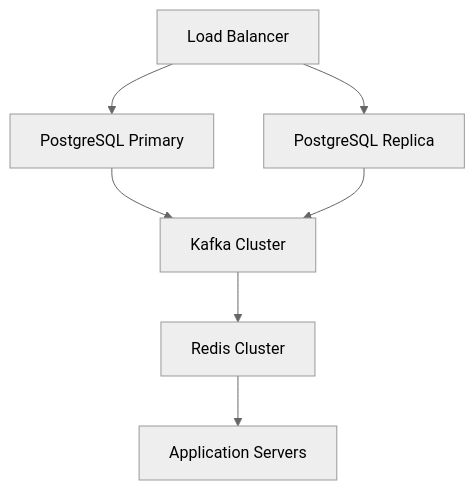
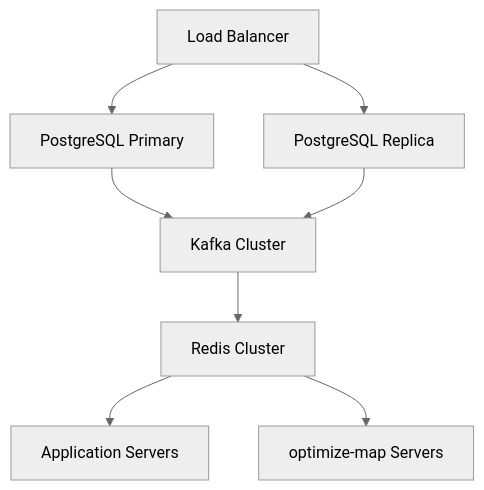
Before and after one commit to EgorZhidkov/navigator: the ninth of 11 diagrams in docs/ARCHITECTURE.md, drawn with Mermaid (neutral theme). The commit also changed other lines of this file and 1 other file, not shown here.

Commit message:
add optimize map and redis get data

````diff
--- a/docs/ARCHITECTURE.md
+++ b/docs/ARCHITECTURE.md
@@ -127,9 +186,10 @@
 ```mermaid
 graph TD
     A[Load Balancer] --> B[PostgreSQL Primary]
     A --> C[PostgreSQL Replica]
     B --> D[Kafka Cluster]
     C --> D
     D --> E[Redis Cluster]
     E --> F[Application Servers]
+    E --> G[optimize-map Servers]
 ```
````
